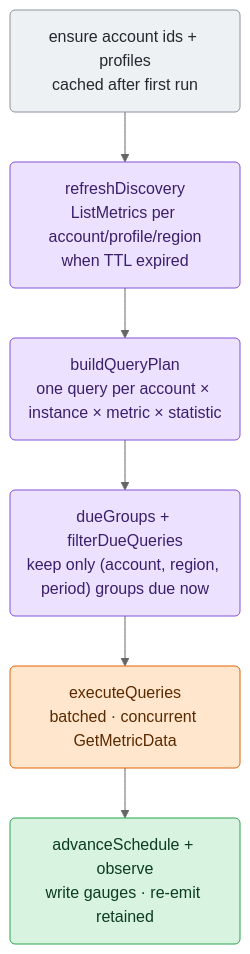
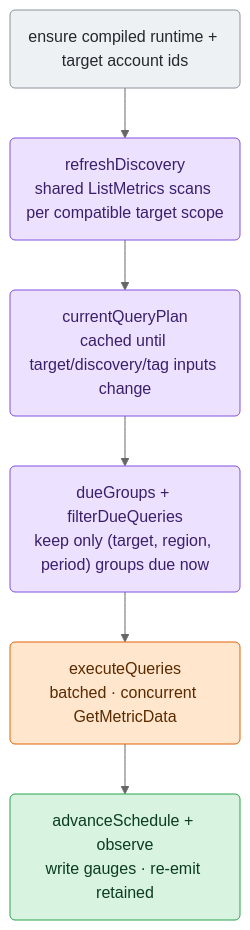
Before and after one commit to netdata/netdata: the third of 3 diagrams in src/go/plugin/go.d/collector/cloudwatch/ARCHITECTURE.md, drawn with Mermaid (neutral theme). The commit also changed other lines of this file and 46 other files, not shown here.

````diff
--- a/src/go/plugin/go.d/collector/cloudwatch/ARCHITECTURE.md
+++ b/src/go/plugin/go.d/collector/cloudwatch/ARCHITECTURE.md
@@ -117,21 +121,21 @@
 ```mermaid
 flowchart TD
-    A("ensure account ids + profiles<br/>cached after first run")
-    B("refreshDiscovery<br/>ListMetrics per account/profile/region<br/>when TTL expired")
-    C("buildQueryPlan<br/>one query per account × instance × metric × statistic")
-    D("dueGroups + filterDueQueries<br/>keep only (account, region, period) groups due now")
+    A("ensure compiled runtime + target account ids")
+    B("refreshDiscovery<br/>shared ListMetrics scans per compatible target scope")
+    C("currentQueryPlan<br/>cached until target/discovery/tag inputs change")
+    D("dueGroups + filterDueQueries<br/>keep only (target, region, period) groups due now")
     E("executeQueries<br/>batched · concurrent GetMetricData")
     F("advanceSchedule + observe<br/>write gauges · re-emit retained")
 
     A --> B --> C --> D --> E --> F
 
     classDef input fill:#eef1f4,stroke:#8b949e,color:#24292f;
     classDef sched fill:#ece2ff,stroke:#8250df,color:#3b1f6b;
     classDef effect fill:#ffe6cc,stroke:#e36209,color:#5a2a00;
     classDef commit fill:#d8f3e0,stroke:#2da44e,color:#0b3d1f;
 
     class A input
     class B,C,D sched
     class E effect
     class F commit
 ```
````
